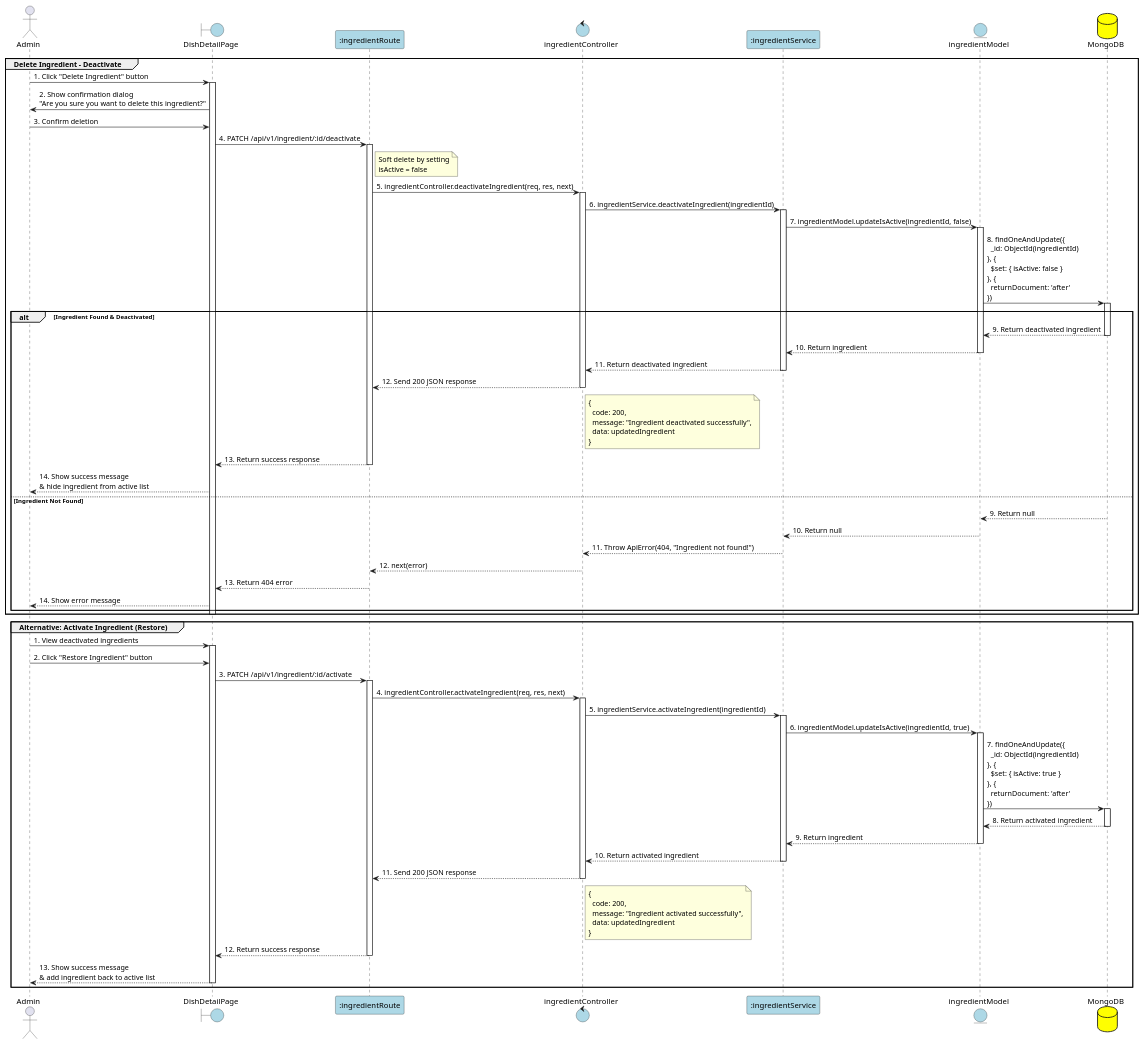
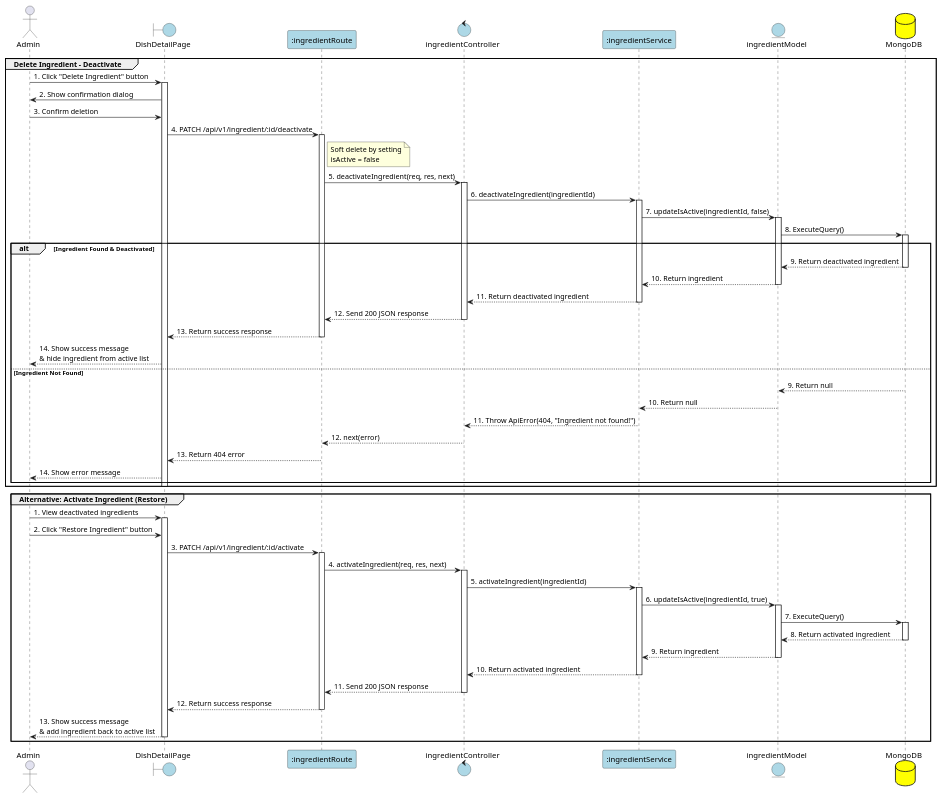
One commit to Aohkne/CaloCook changed the diagram in PlanUML/27_DeleteIngredient.puml. Above: the diagram before and after it, drawn with PlantUML. The commit also changed 11 other files, not shown here.

```diff
--- a/PlanUML/27_DeleteIngredient.puml
+++ b/PlanUML/27_DeleteIngredient.puml
@@ -1,120 +1,118 @@
 @startuml DeleteIngredient
 
 actor "Admin" as Admin
 boundary "DishDetailPage" as View #lightblue
 participant ":ingredientRoute" as Route #lightblue
 control "ingredientController" as Controller #lightblue
 participant ":ingredientService" as Service #lightblue
 entity "ingredientModel" as IngredientModel #lightblue
 database "MongoDB" as MongoDB #yellow
 
 group Delete Ingredient - Deactivate
 
 Admin -> View: 1. Click "Delete Ingredient" button
 activate View
 
-View -> Admin: 2. Show confirmation dialog\n"Are you sure you want to delete this ingredient?"
+View -> Admin: 2. Show confirmation dialog
 
 Admin -> View: 3. Confirm deletion
 View -> Route: 4. PATCH /api/v1/ingredient/:id/deactivate
 activate Route
 
 note right of Route: Soft delete by setting\nisActive = false
 
-Route -> Controller: 5. ingredientController.deactivateIngredient(req, res, next)
+Route -> Controller: 5. deactivateIngredient(req, res, next)
 activate Controller
 
-Controller -> Service: 6. ingredientService.deactivateIngredient(ingredientId)
+Controller -> Service: 6. deactivateIngredient(ingredientId)
 activate Service
 
-Service -> IngredientModel: 7. ingredientModel.updateIsActive(ingredientId, false)
+Service -> IngredientModel: 7. updateIsActive(ingredientId, false)
 activate IngredientModel
 
-IngredientModel -> MongoDB: 8. findOneAndUpdate({\n  _id: ObjectId(ingredientId)\n}, {\n  $set: { isActive: false }\n}, {\n  returnDocument: 'after'\n})
+IngredientModel -> MongoDB: 8. ExecuteQuery()
 activate MongoDB
 
 alt Ingredient Found & Deactivated
     MongoDB --> IngredientModel: 9. Return deactivated ingredient
     deactivate MongoDB
     
     IngredientModel --> Service: 10. Return ingredient
     deactivate IngredientModel
     
     Service --> Controller: 11. Return deactivated ingredient
     deactivate Service
     
     Controller --> Route: 12. Send 200 JSON response
-    note right of Controller: {\n  code: 200,\n  message: "Ingredient deactivated successfully",\n  data: updatedIngredient\n}
     deactivate Controller
     
     Route --> View: 13. Return success response
     deactivate Route
     
     View --> Admin: 14. Show success message\n& hide ingredient from active list
     
 else Ingredient Not Found
     MongoDB --> IngredientModel: 9. Return null
     deactivate MongoDB
     
     IngredientModel --> Service: 10. Return null
     deactivate IngredientModel
     
     Service --> Controller: 11. Throw ApiError(404, "Ingredient not found!")
     deactivate Service
     
     Controller --> Route: 12. next(error)
     deactivate Controller
     
     Route --> View: 13. Return 404 error
     deactivate Route
     
     View --> Admin: 14. Show error message
 end
 
 deactivate View
 end
 
 group Alternative: Activate Ingredient (Restore)
 
 Admin -> View: 1. View deactivated ingredients
 activate View
 
 Admin -> View: 2. Click "Restore Ingredient" button
 
 View -> Route: 3. PATCH /api/v1/ingredient/:id/activate
 activate Route
 
-Route -> Controller: 4. ingredientController.activateIngredient(req, res, next)
+Route -> Controller: 4. activateIngredient(req, res, next)
 activate Controller
 
-Controller -> Service: 5. ingredientService.activateIngredient(ingredientId)
+Controller -> Service: 5. activateIngredient(ingredientId)
 activate Service
 
-Service -> IngredientModel: 6. ingredientModel.updateIsActive(ingredientId, true)
+Service -> IngredientModel: 6. updateIsActive(ingredientId, true)
 activate IngredientModel
 
-IngredientModel -> MongoDB: 7. findOneAndUpdate({\n  _id: ObjectId(ingredientId)\n}, {\n  $set: { isActive: true }\n}, {\n  returnDocument: 'after'\n})
+IngredientModel -> MongoDB: 7. ExecuteQuery()
 activate MongoDB
 
 MongoDB --> IngredientModel: 8. Return activated ingredient
 deactivate MongoDB
 
 IngredientModel --> Service: 9. Return ingredient
 deactivate IngredientModel
 
 Service --> Controller: 10. Return activated ingredient
 deactivate Service
 
 Controller --> Route: 11. Send 200 JSON response
-note right of Controller: {\n  code: 200,\n  message: "Ingredient activated successfully",\n  data: updatedIngredient\n}
 deactivate Controller
 
 Route --> View: 12. Return success response
 deactivate Route
 
 View --> Admin: 13. Show success message\n& add ingredient back to active list
 
 deactivate View
 end
 
 @enduml
```
